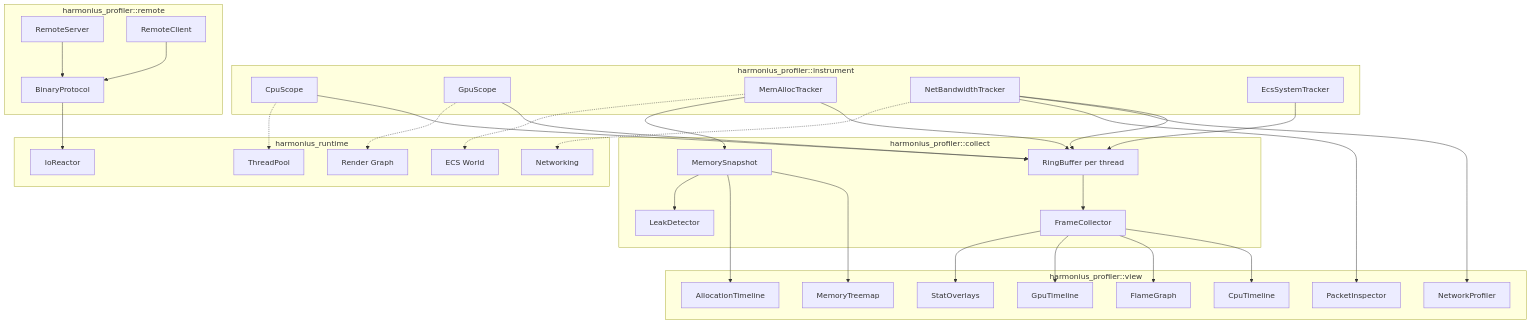
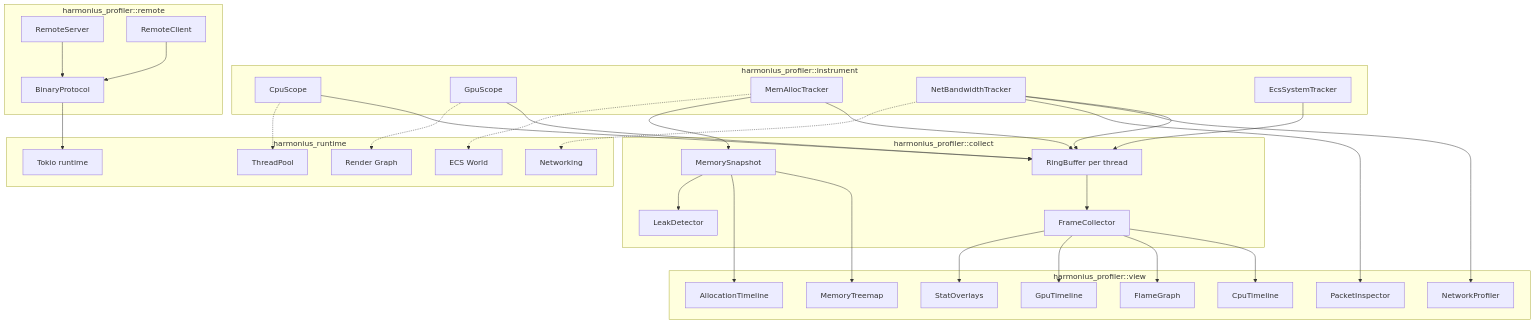
The first of 6 diagrams in docs/design/tools/profiler.md (harmonius-dev/harmonius), drawn with Mermaid before and after one commit. The commit also changed other lines of this file and 229 other files, not shown here.

````diff
--- a/docs/design/tools/profiler.md
+++ b/docs/design/tools/profiler.md
@@ -51,71 +51,71 @@
 ```mermaid
 graph TD
     subgraph "harmonius_profiler::instrument"
         CS[CpuScope]
         GS[GpuScope]
         MA[MemAllocTracker]
         NA[NetBandwidthTracker]
         EA[EcsSystemTracker]
     end
 
     subgraph "harmonius_profiler::collect"
         RB[RingBuffer per thread]
         FC[FrameCollector]
         MS[MemorySnapshot]
         LD[LeakDetector]
     end
 
     subgraph "harmonius_profiler::view"
         TL[CpuTimeline]
         FG[FlameGraph]
         GT[GpuTimeline]
         TM[MemoryTreemap]
         AT[AllocationTimeline]
         NP[NetworkProfiler]
         PI[PacketInspector]
         SO[StatOverlays]
     end
 
     subgraph "harmonius_profiler::remote"
         RS[RemoteServer]
         RC[RemoteClient]
         BP[BinaryProtocol]
     end
 
     subgraph "harmonius_runtime"
         ECS[ECS World]
         TP[ThreadPool]
         RG[Render Graph]
-        IO[IoReactor]
+        IO[Tokio runtime]
         NET[Networking]
     end
 
     CS --> RB
     GS --> RB
     MA --> RB
     NA --> RB
     EA --> RB
 
     RB --> FC
     FC --> TL
     FC --> FG
     FC --> GT
     FC --> SO
 
     MA --> MS
     MS --> TM
     MS --> AT
     MS --> LD
 
     NA --> NP
     NA --> PI
 
     RS --> BP
     RC --> BP
     BP --> IO
 
     CS -.-> TP
     GS -.-> RG
     MA -.-> ECS
     NA -.-> NET
 ```
````
